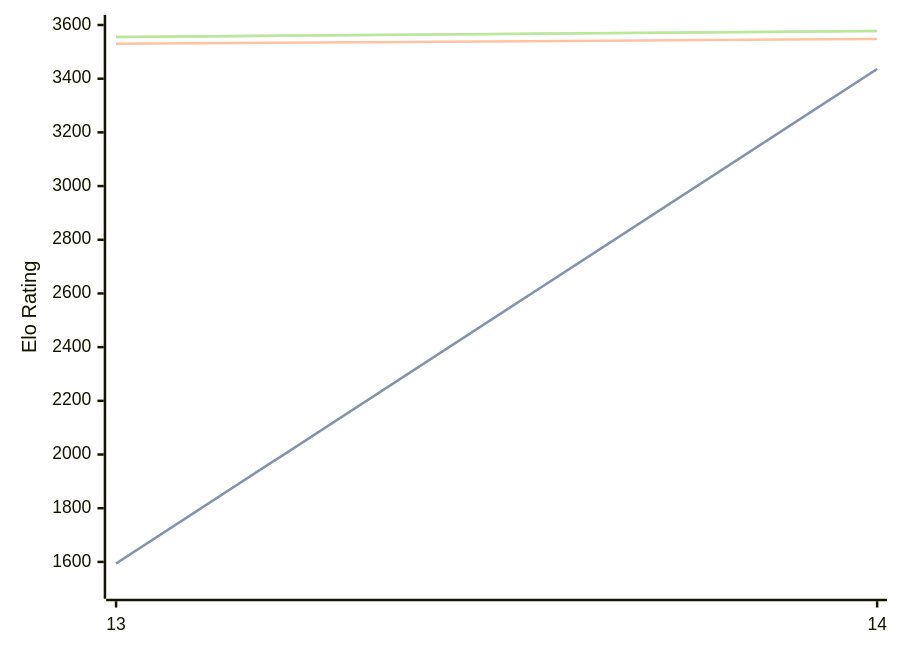
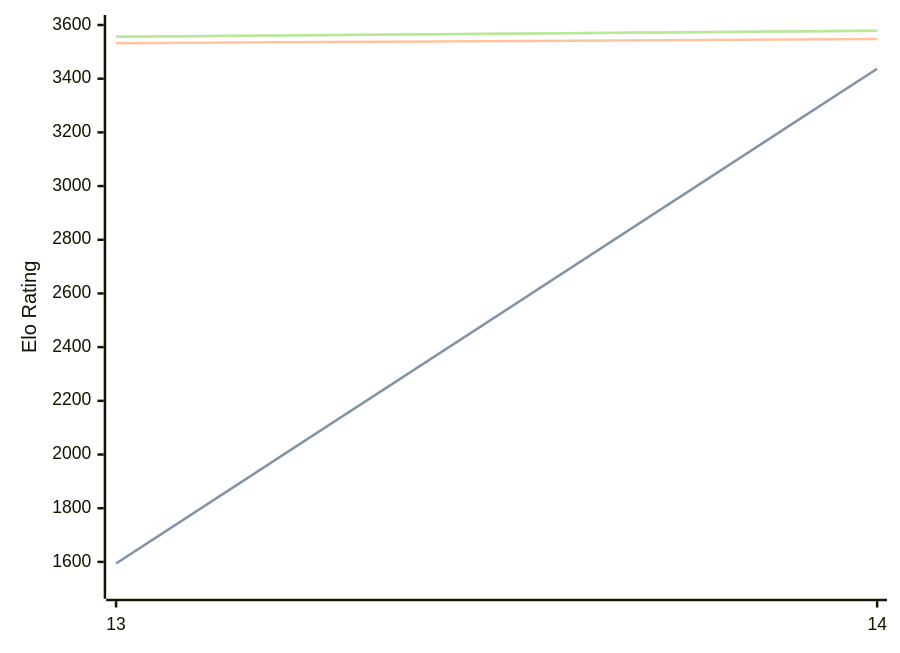
The diagram in engines/Berserk.md (computer-chess-index/cci), drawn with Mermaid before and after one commit. The commit also changed other lines of this file, not shown here.

Commit message:
Update CCI Ratings (ELO VLTC) - 2026-09-13

````diff
--- a/engines/Berserk.md
+++ b/engines/Berserk.md
@@ -33,11 +33,11 @@
 ```mermaid
 %%{init: {"theme":"base","themeVariables":{"seriesColors:['#a3a3a3','#222221','#faa371']}}}%%
 xychart-beta
   x-axis ["13", "14"]
   y-axis "Elo Rating" 1500 --> 3600
-  line "" [1594, 3436]
-  line "STC (8.0+0.08s)" [1594, 3436]
-  line "LTC (60.0+0.60s)" [3530, 3548]
-  line "" [3555, 3578]
-  line "VLTC (2m24s+1.12s)" [3555, 3578]
+  line "" [1594, 3437]
+  line "STC (8.0+0.08s)" [1594, 3437]
+  line "LTC (60.0+0.60s)" [3532, 3548]
+  line "" [3556, 3579]
+  line "VLTC (2m24s+1.12s)" [3556, 3579]
 ```
````
